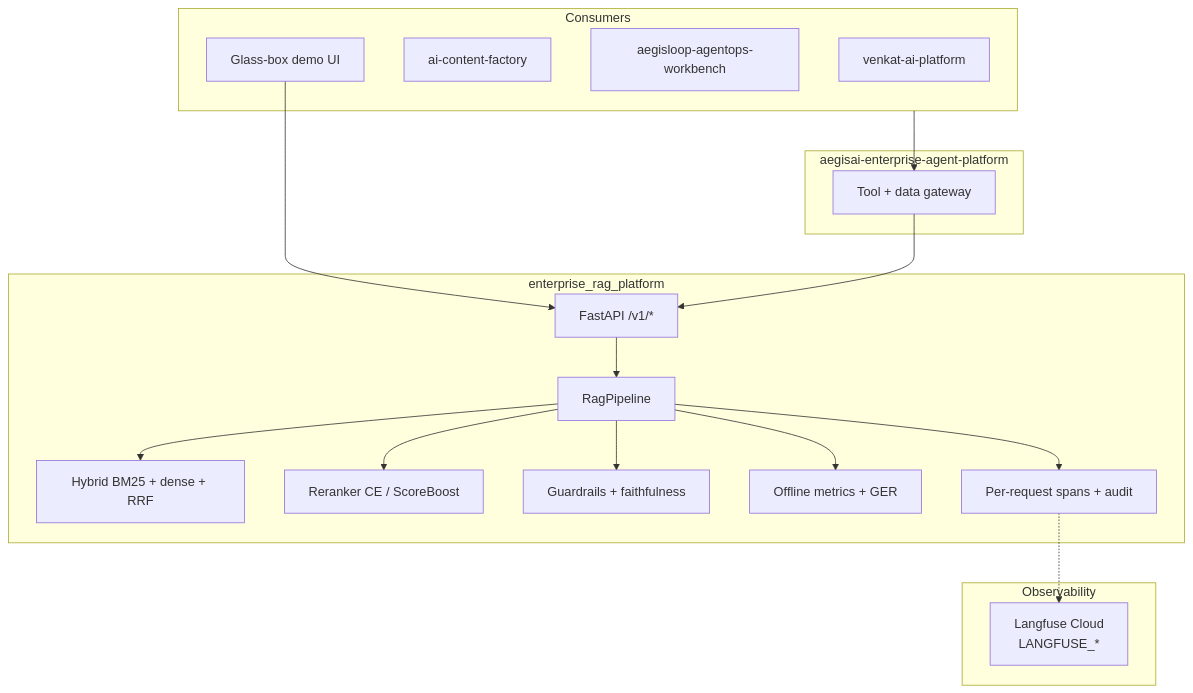
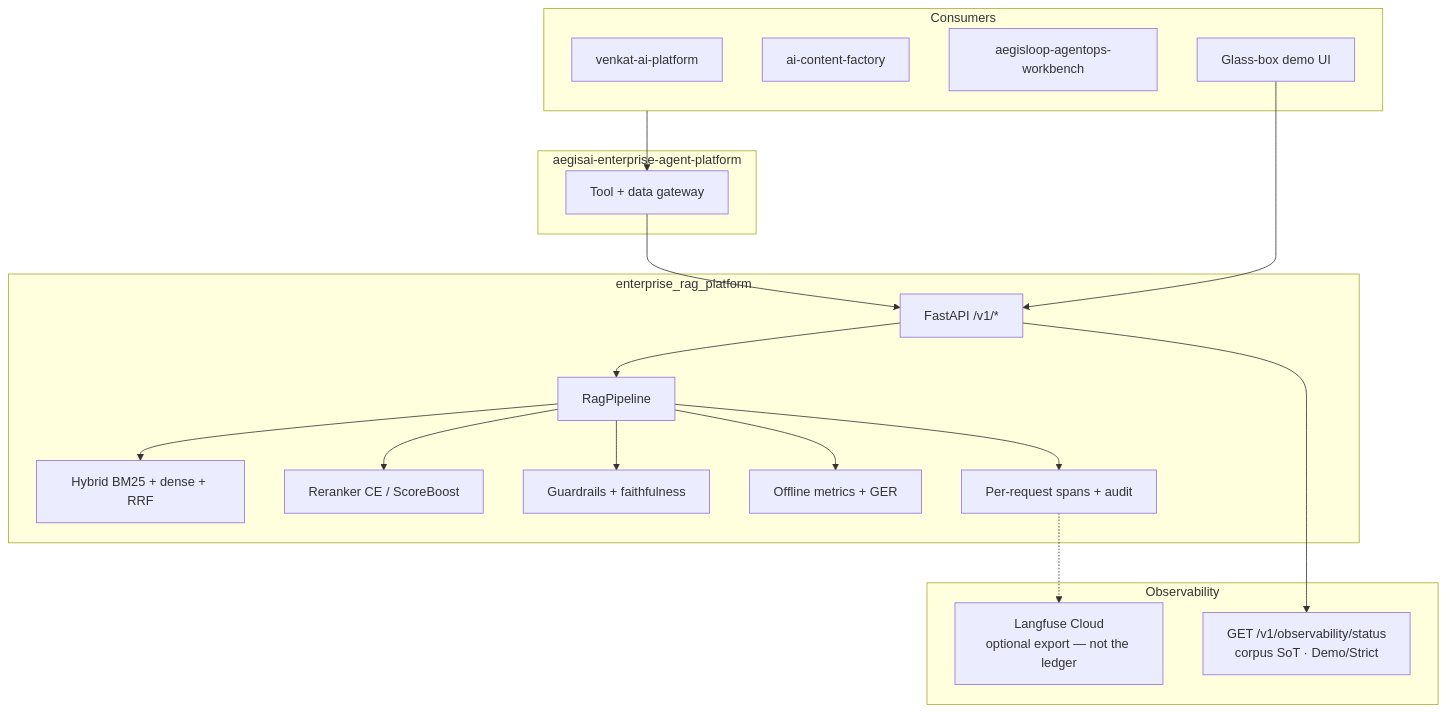
Before and after one commit to vpeetla-ai/enterprise_rag_platform: the diagram in docs/ARCHITECTURE.md, drawn with Mermaid. The commit also changed other lines of this file, not shown here.

Commit message:
Show corpus SoT on the ERAG architecture diagram (#16)
Add observability/status to the system context mermaid and ports table — Langfuse stays an optional export.

````diff
--- a/docs/ARCHITECTURE.md
+++ b/docs/ARCHITECTURE.md
@@ -12,38 +12,40 @@
 ```mermaid
 flowchart TB
   subgraph Clients["Consumers"]
     VAP["venkat-ai-platform"]
     ACF["ai-content-factory"]
     AL["aegisloop-agentops-workbench"]
     Demo["Glass-box demo UI"]
   end
 
   subgraph Gateway["aegisai-enterprise-agent-platform"]
     GW["Tool + data gateway"]
   end
 
   subgraph RAG["enterprise_rag_platform"]
     API["FastAPI /v1/*"]
     PIPE["RagPipeline"]
     RET["Hybrid BM25 + dense + RRF"]
     RR["Reranker CE / ScoreBoost"]
     GR["Guardrails + faithfulness"]
     EVAL["Offline metrics + GER"]
     TEL["Per-request spans + audit"]
   end
 
   subgraph Obs["Observability"]
-    LF["Langfuse Cloud<br/>LANGFUSE_*"]
+    ST["GET /v1/observability/status<br/>corpus SoT · Demo/Strict"]
+    LF["Langfuse Cloud<br/>optional export — not the ledger"]
   end
 
   Clients --> GW
   Demo --> API
   GW --> API
   API --> PIPE
   PIPE --> RET
   PIPE --> RR
   PIPE --> GR
   PIPE --> EVAL
   PIPE --> TEL
+  API --> ST
   TEL -.-> LF
 ```
````
